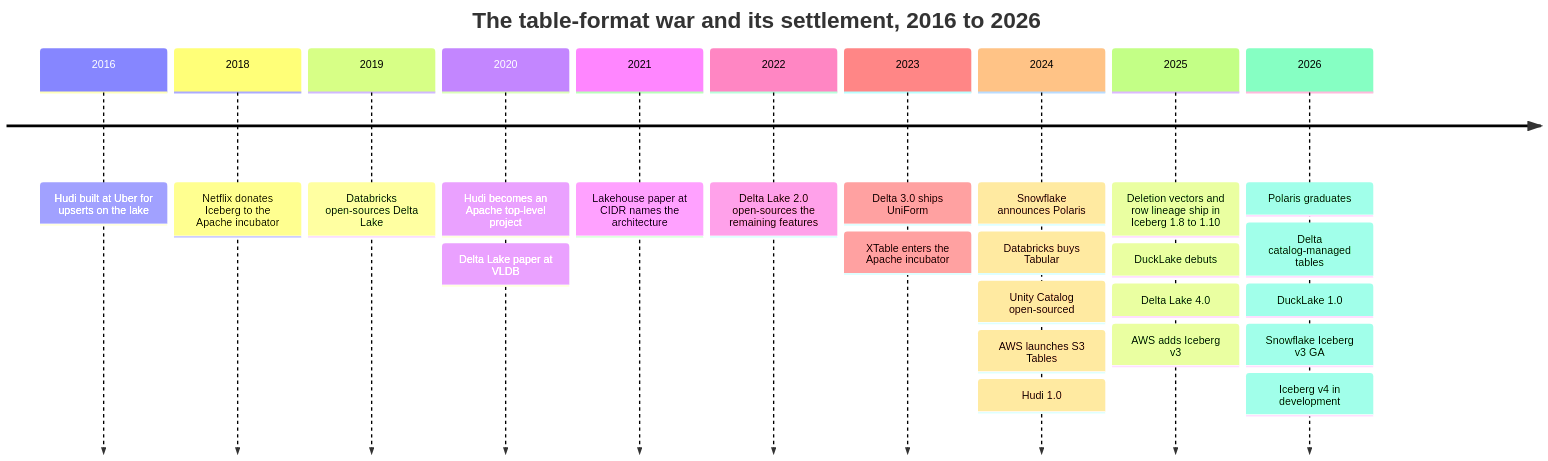
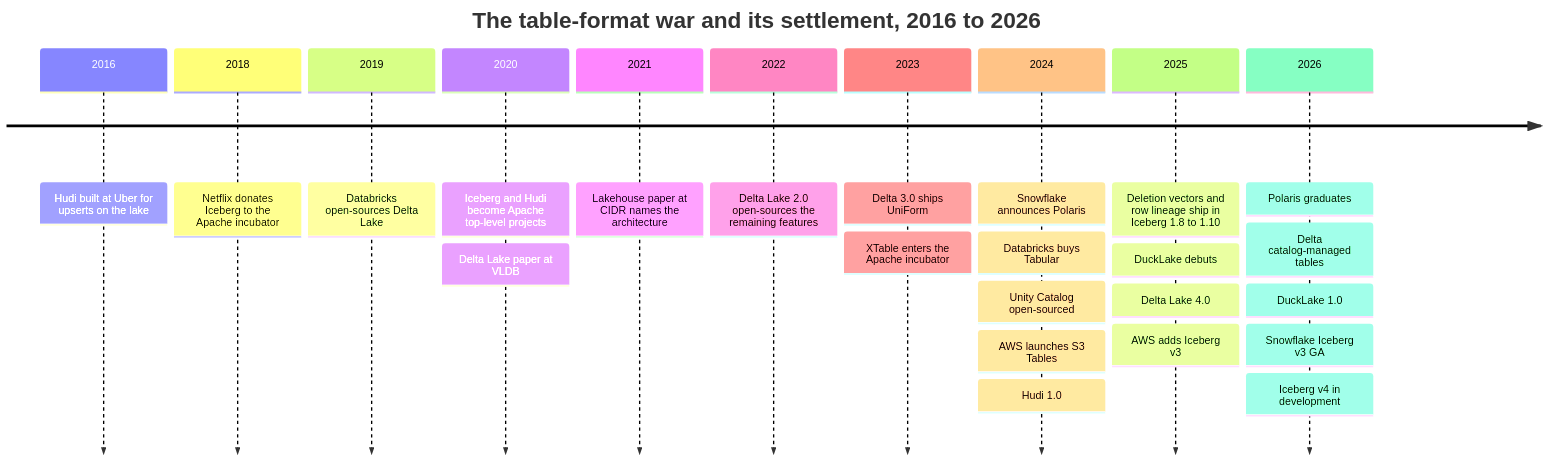
One commit to FrankHuang94/data_tech_db_claude changed the sixth of 6 diagrams in docs/01-data-systems-foundations/ch07-open-table-formats.md. Above: the diagram before and after it, drawn with Mermaid. The commit also changed other lines of this file and 13 other files, not shown here.

````diff
--- a/docs/01-data-systems-foundations/ch07-open-table-formats.md
+++ b/docs/01-data-systems-foundations/ch07-open-table-formats.md
@@ -232,14 +232,14 @@
 ```mermaid
 timeline
     title The table-format war and its settlement, 2016 to 2026
     2016 : Hudi built at Uber for upserts on the lake
     2018 : Netflix donates Iceberg to the Apache incubator
     2019 : Databricks open-sources Delta Lake
-    2020 : Hudi becomes an Apache top-level project : Delta Lake paper at VLDB
+    2020 : Iceberg and Hudi become Apache top-level projects : Delta Lake paper at VLDB
     2021 : Lakehouse paper at CIDR names the architecture
     2022 : Delta Lake 2.0 open-sources the remaining features
     2023 : Delta 3.0 ships UniForm : XTable enters the Apache incubator
     2024 : Snowflake announces Polaris : Databricks buys Tabular : Unity Catalog open-sourced : AWS launches S3 Tables : Hudi 1.0
     2025 : Deletion vectors and row lineage ship in Iceberg 1.8 to 1.10 : DuckLake debuts : Delta Lake 4.0 : AWS adds Iceberg v3
     2026 : Polaris graduates : Delta catalog-managed tables : DuckLake 1.0 : Snowflake Iceberg v3 GA : Iceberg v4 in development
 ```
````
